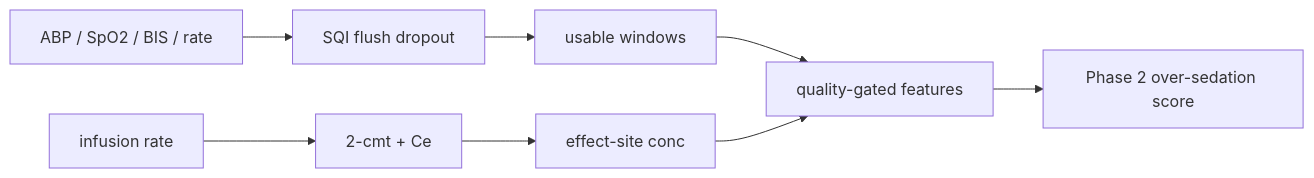
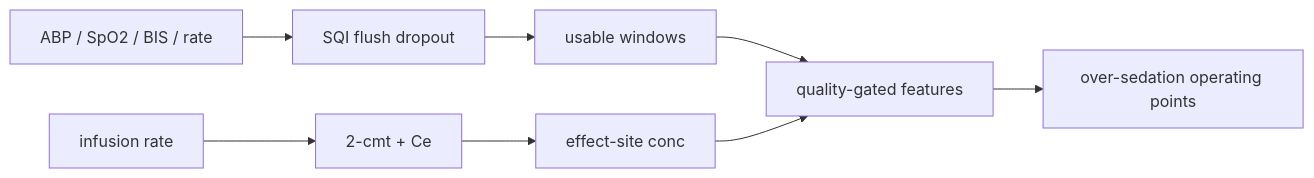
One commit to TechieGoku2623/or-signals changed the diagram in README.md. Above: the diagram before and after it, drawn with Mermaid. The commit also changed other lines of this file and 29 other files, not shown here.

First line of the commit message:
Phase 1-3: inspect/quality/pkpd CLI, operating points, demo

````diff
--- a/README.md
+++ b/README.md
@@ -138,10 +199,10 @@
 ```mermaid
 flowchart LR
     wave[ABP / SpO2 / BIS / rate] --> sqi[SQI flush dropout]
     sqi --> usable[usable windows]
     rate[infusion rate] --> pkpd[2-cmt + Ce]
     pkpd --> ce[effect-site conc]
     usable --> join[quality-gated features]
     ce --> join
-    join --> later[Phase 2 over-sedation score]
+    join --> score[over-sedation operating points]
 ```
````
